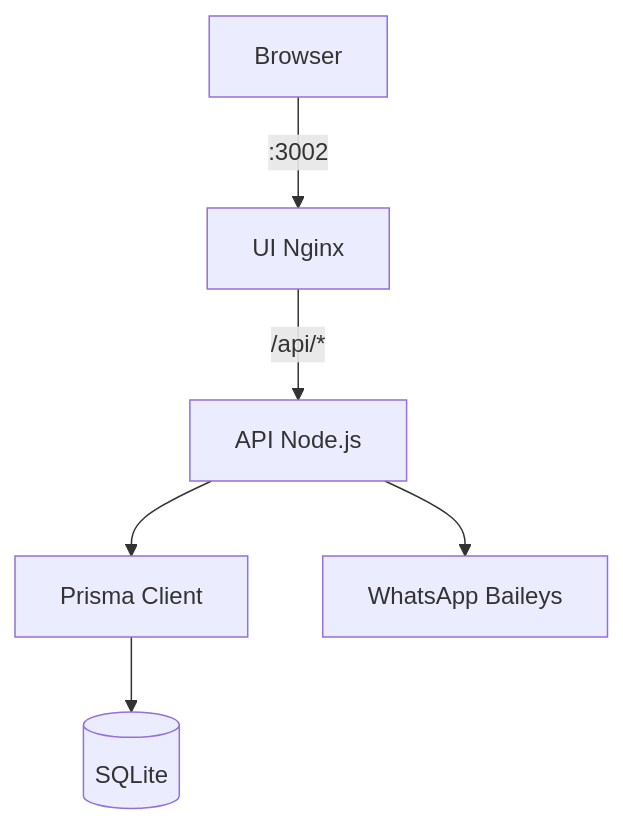
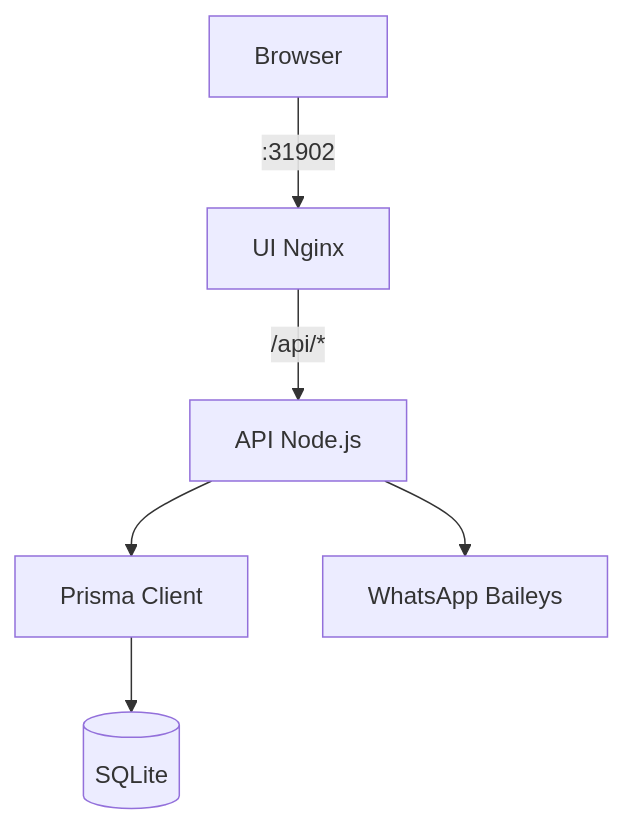
The diagram in README.md (leandrokanis/devocional-picgama), drawn with Mermaid before and after one commit. The commit also changed other lines of this file and 3 other files, not shown here.

````diff
--- a/README.md
+++ b/README.md
@@ -111,8 +111,8 @@
 ```mermaid
 graph TB
-  Browser[Browser] -->|:3002| UI[UI Nginx]
+  Browser[Browser] -->|:31902| UI[UI Nginx]
   UI -->|/api/*| API[API Node.js]
   API --> Prisma[Prisma Client]
   Prisma --> SQLite[(SQLite)]
   API --> WA[WhatsApp Baileys]
 ```
````
